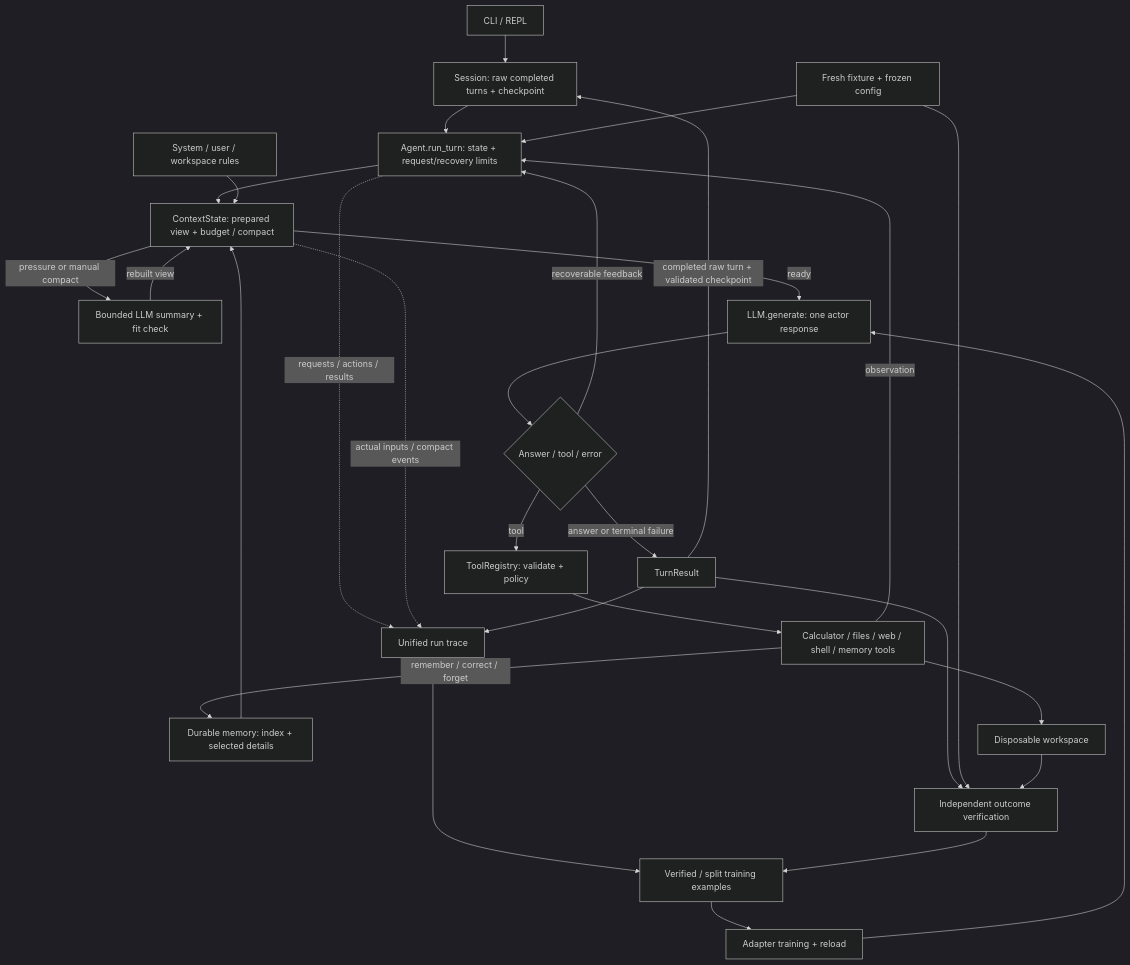
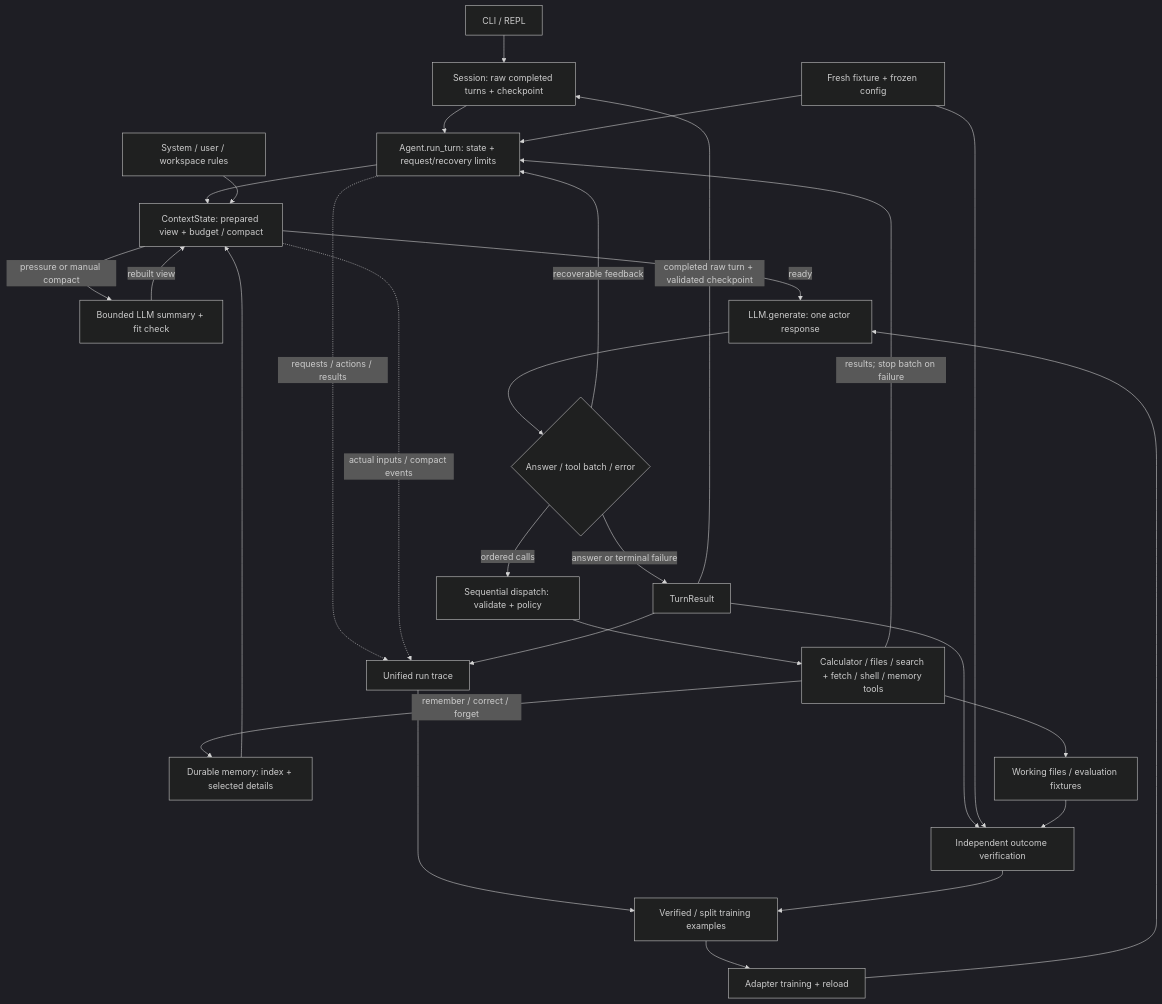
The diagram in agent_from_scratch/docs/STAGE.md (shakewingo/Tadpole), drawn with Mermaid (dark theme) before and after one commit. The commit also changed other lines of this file and 34 other files, not shown here.

Commit message:
feat: general file, shell and search tools and batched tool calls

````diff
--- a/agent_from_scratch/docs/STAGE.md
+++ b/agent_from_scratch/docs/STAGE.md
@@ -411,31 +420,31 @@
 ```mermaid
 flowchart TD
     CLI[CLI / REPL] --> Session[Session: raw completed turns + checkpoint]
     Session --> Loop[Agent.run_turn: state + request/recovery limits]
     Loop --> Context[ContextState: prepared view + budget / compact]
     Context -->|pressure or manual compact| Compact[Bounded LLM summary + fit check]
     Compact -->|rebuilt view| Context
     Rules[System / user / workspace rules] --> Context
     Memory[Durable memory: index + selected details] --> Context
     Context -->|ready| Model[LLM.generate: one actor response]
-    Model --> Decision{Answer / tool / error}
-    Decision -->|tool| Registry[ToolRegistry: validate + policy]
-    Registry --> Tools[Calculator / files / web / shell / memory tools]
-    Tools -->|observation| Loop
+    Model --> Decision{Answer / tool batch / error}
+    Decision -->|ordered calls| Registry[Sequential dispatch: validate + policy]
+    Registry --> Tools[Calculator / files / search + fetch / shell / memory tools]
+    Tools -->|results; stop batch on failure| Loop
     Tools -->|remember / correct / forget| Memory
     Decision -->|recoverable feedback| Loop
     Decision -->|answer or terminal failure| End[TurnResult]
     End -->|completed raw turn + validated checkpoint| Session
     Loop -. requests / actions / results .-> Trace[Unified run trace]
     Context -. actual inputs / compact events .-> Trace
     End --> Trace
     Eval[Fresh fixture + frozen config] --> Loop
     End --> Verify[Independent outcome verification]
     Eval --> Verify
-    Tools --> Workspace[Disposable workspace]
+    Tools --> Workspace[Working files / evaluation fixtures]
     Workspace --> Verify
     Trace --> Data[Verified / split training examples]
     Verify --> Data
     Data --> Train[Adapter training + reload]
     Train --> Model
 ```
````
